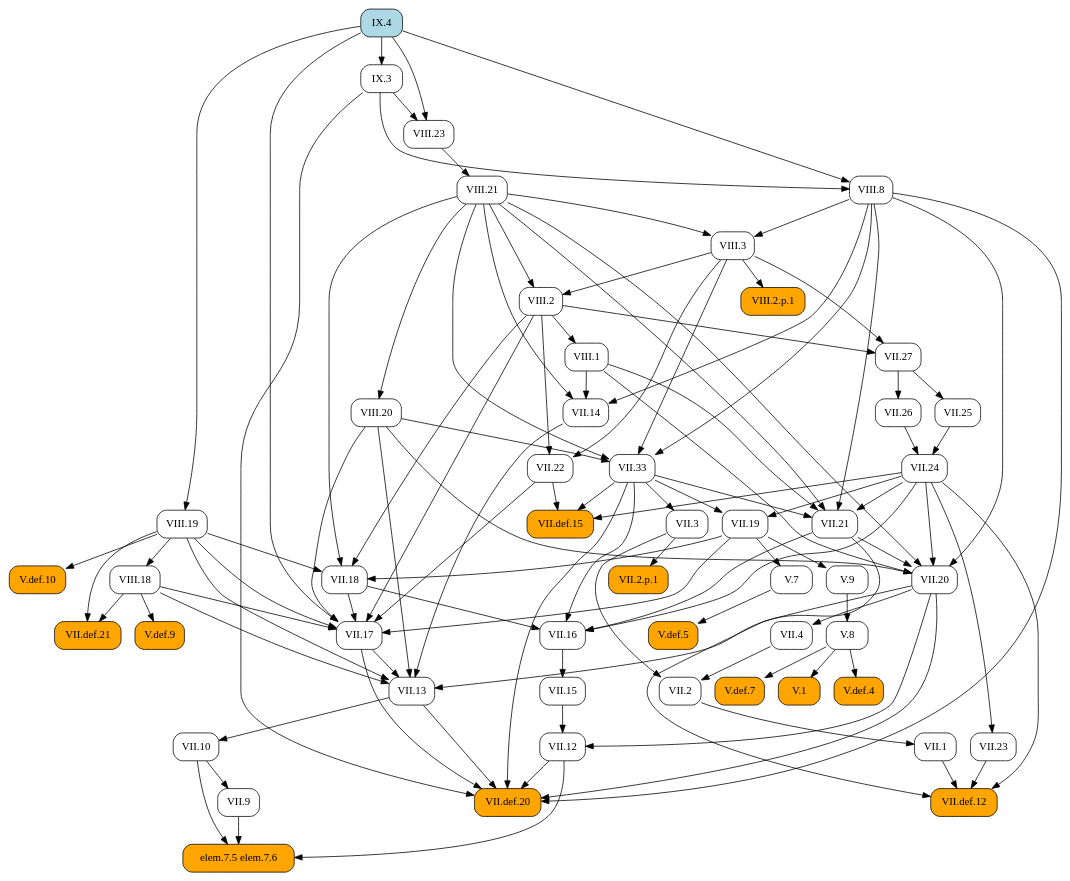
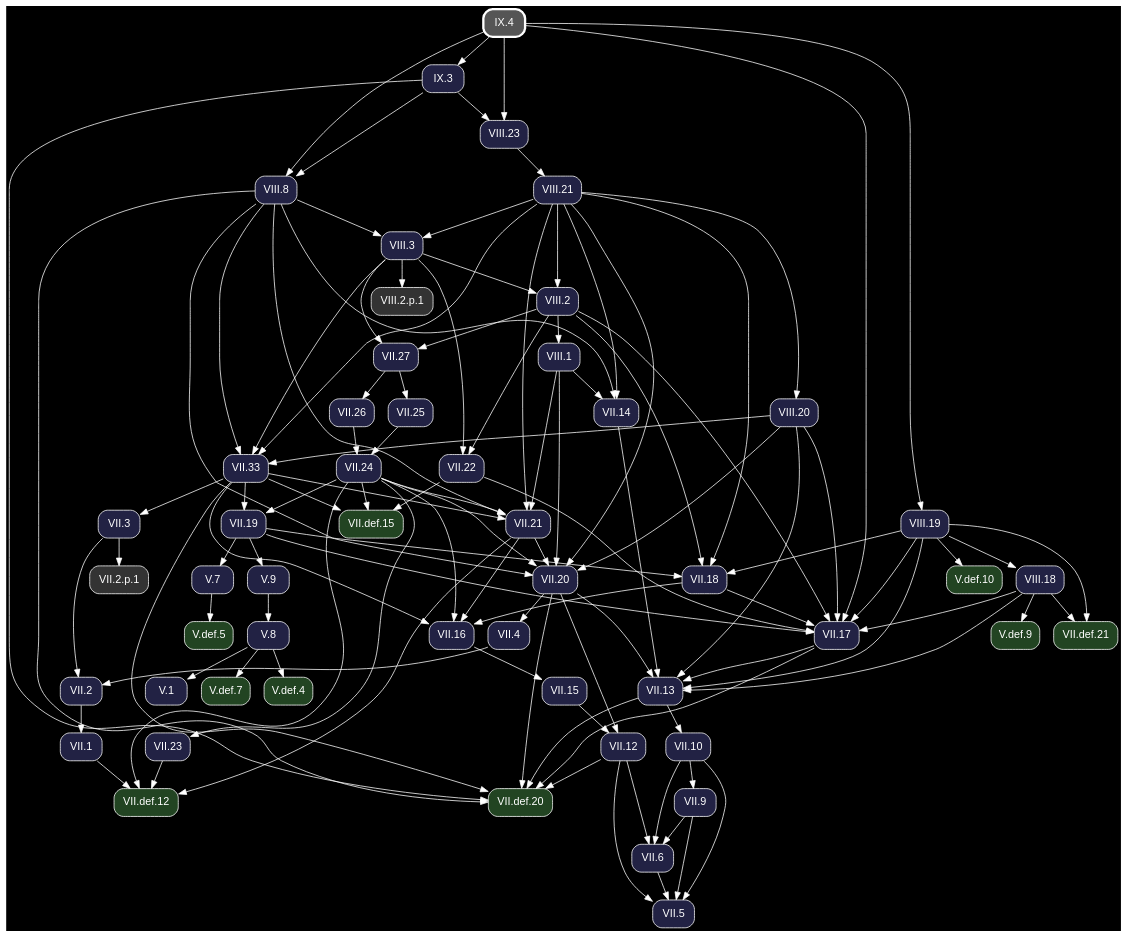
One commit to geometor/elements changed the diagram in docsrc/heath/IX/4/index.rst. Above: the diagram before and after it, drawn with Graphviz. The commit also changed other lines of this file and 1200 other files, not shown here.

Commit message:
update dependency graphs

```diff
--- a/docsrc/heath/IX/4/index.rst
+++ b/docsrc/heath/IX/4/index.rst
@@ -34,112 +34,71 @@
 .. graphviz::
 
    digraph {
+     bgcolor="black";
+     node [shape=box, style="rounded,filled", fontname="Helvetica", color="white", fontcolor="white"];
+     edge [color="white", fontcolor="white"];
      rankdir="TB";
-     node [shape=box, style=rounded];
-     "VII.33" [URL="/heath/VII/33/", target="_top"];
-     "VII.12" [URL="/heath/VII/12/", target="_top"];
-     "elem.7.5 elem.7.6" [style="rounded,filled", fillcolor=orange];
-     "VIII.20" [URL="/heath/VIII/20/", target="_top"];
-     "VII.9" [URL="/heath/VII/9/", target="_top"];
-     "VIII.2" [URL="/heath/VIII/2/", target="_top"];
-     "VII.18" [URL="/heath/VII/18/", target="_top"];
-     "VII.16" [URL="/heath/VII/16/", target="_top"];
-     "V.7" [URL="/heath/V/7/", target="_top"];
-     "VII.26" [URL="/heath/VII/26/", target="_top"];
-     "V.def.5" [style="rounded,filled", fillcolor=orange, URL="/heath/V/def.5/", target="_top"];
-     "V.9" [URL="/heath/V/9/", target="_top"];
-     "VIII.8" [URL="/heath/VIII/8/", target="_top"];
-     "IX.4" [style="rounded,filled", fillcolor=lightblue, URL="/heath/IX/4/", target="_top"];
-     "VII.10" [URL="/heath/VII/10/", target="_top"];
-     "VIII.3" [URL="/heath/VIII/3/", target="_top"];
-     "VII.13" [URL="/heath/VII/13/", target="_top"];
-     "VIII.18" [URL="/heath/VIII/18/", target="_top"];
-     "VIII.23" [URL="/heath/VIII/23/", target="_top"];
-     "VII.def.15" [style="rounded,filled", fillcolor=orange, URL="/heath/VII/def.15/", target="_top"];
-     "VIII.19" [URL="/heath/VIII/19/", target="_top"];
-     "VII.17" [URL="/heath/VII/17/", target="_top"];
-     "VII.19" [URL="/heath/VII/19/", target="_top"];
-     "VIII.2.p.1" [style="rounded,filled", fillcolor=orange];
-     "VII.2" [URL="/heath/VII/2/", target="_top"];
-     "VII.def.20" [style="rounded,filled", fillcolor=orange, URL="/heath/VII/def.20/", target="_top"];
-     "VII.2.p.1" [style="rounded,filled", fillcolor=orange];
-     "VII.15" [URL="/heath/VII/15/", target="_top"];
-     "V.def.4" [style="rounded,filled", fillcolor=orange, URL="/heath/V/def.4/", target="_top"];
-     "V.def.7" [style="rounded,filled", fillcolor=orange, URL="/heath/V/def.7/", target="_top"];
-     "VIII.21" [URL="/heath/VIII/21/", target="_top"];
-     "VII.14" [URL="/heath/VII/14/", target="_top"];
-     "VII.27" [URL="/heath/VII/27/", target="_top"];
-     "VII.21" [URL="/heath/VII/21/", target="_top"];
-     "V.def.10" [style="rounded,filled", fillcolor=orange, URL="/heath/V/def.10/", target="_top"];
-     "VII.22" [URL="/heath/VII/22/", target="_top"];
-     "VIII.1" [URL="/heath/VIII/1/", target="_top"];
-     "VII.25" [URL="/heath/VII/25/", target="_top"];
-     "VII.1" [URL="/heath/VII/1/", target="_top"];
-     "V.8" [URL="/heath/V/8/", target="_top"];
-     "VII.23" [URL="/heath/VII/23/", target="_top"];
-     "VII.4" [URL="/heath/VII/4/", target="_top"];
-     "VII.def.12" [style="rounded,filled", fillcolor=orange, URL="/heath/VII/def.12/", target="_top"];
-     "V.1" [style="rounded,filled", fillcolor=orange, URL="/heath/V/1/", target="_top"];
-     "V.def.9" [style="rounded,filled", fillcolor=orange, URL="/heath/V/def.9/", target="_top"];
-     "VII.3" [URL="/heath/VII/3/", target="_top"];
-     "VII.24" [URL="/heath/VII/24/", target="_top"];
-     "VII.20" [URL="/heath/VII/20/", target="_top"];
-     "IX.3" [URL="/heath/IX/3/", target="_top"];
-     "VII.def.21" [style="rounded,filled", fillcolor=orange, URL="/heath/VII/def.21/", target="_top"];
+     "VII.33" [fillcolor="#222244", URL="/heath/VII/33/", target="_top"];
+     "V.def.5" [fillcolor="#224422", URL="/heath/V/def.5/", target="_top"];
+     "V.def.9" [fillcolor="#224422", URL="/heath/V/def.9/", target="_top"];
+     "VII.18" [fillcolor="#222244", URL="/heath/VII/18/", target="_top"];
+     "VII.2" [fillcolor="#222244", URL="/heath/VII/2/", target="_top"];
+     "VII.def.20" [fillcolor="#224422", URL="/heath/VII/def.20/", target="_top"];
+     "VIII.8" [fillcolor="#222244", URL="/heath/VIII/8/", target="_top"];
+     "VIII.21" [fillcolor="#222244", URL="/heath/VIII/21/", target="_top"];
+     "VII.26" [fillcolor="#222244", URL="/heath/VII/26/", target="_top"];
+     "VII.1" [fillcolor="#222244", URL="/heath/VII/1/", target="_top"];
+     "VII.13" [fillcolor="#222244", URL="/heath/VII/13/", target="_top"];
+     "VIII.2.p.1" [fillcolor="#333333"];
+     "VII.27" [fillcolor="#222244", URL="/heath/VII/27/", target="_top"];
+     "VII.4" [fillcolor="#222244", URL="/heath/VII/4/", target="_top"];
+     "IX.3" [fillcolor="#222244", URL="/heath/IX/3/", target="_top"];
+     "VII.25" [fillcolor="#222244", URL="/heath/VII/25/", target="_top"];
+     "V.def.10" [fillcolor="#224422", URL="/heath/V/def.10/", target="_top"];
+     "VIII.20" [fillcolor="#222244", URL="/heath/VIII/20/", target="_top"];
+     "VII.21" [fillcolor="#222244", URL="/heath/VII/21/", target="_top"];
+     "VII.9" [fillcolor="#222244", URL="/heath/VII/9/", target="_top"];
+     "V.7" [fillcolor="#222244", URL="/heath/V/7/", target="_top"];
+     "VII.12" [fillcolor="#222244", URL="/heath/VII/12/", target="_top"];
+     "V.9" [fillcolor="#222244", URL="/heath/V/9/", target="_top"];
+     "VII.17" [fillcolor="#222244", URL="/heath/VII/17/", target="_top"];
+     "VII.24" [fillcolor="#222244", URL="/heath/VII/24/", target="_top"];
+     "VII.22" [fillcolor="#222244", URL="/heath/VII/22/", target="_top"];
+     "VIII.2" [fillcolor="#222244", URL="/heath/VIII/2/", target="_top"];
+     "V.def.7" [fillcolor="#224422", URL="/heath/V/def.7/", target="_top"];
+     "VII.20" [fillcolor="#222244", URL="/heath/VII/20/", target="_top"];
+     "V.def.4" [fillcolor="#224422", URL="/heath/V/def.4/", target="_top"];
+     "VIII.18" [fillcolor="#222244", URL="/heath/VIII/18/", target="_top"];
+     "VII.5" [fillcolor="#222244", URL="/heath/VII/5/", target="_top"];
+     "VIII.23" [fillcolor="#222244", URL="/heath/VIII/23/", target="_top"];
+     "VII.def.15" [fillcolor="#224422", URL="/heath/VII/def.15/", target="_top"];
+     "VIII.3" [fillcolor="#222244", URL="/heath/VIII/3/", target="_top"];
+     "VII.2.p.1" [fillcolor="#333333"];
+     "VII.6" [fillcolor="#222244", URL="/heath/VII/6/", target="_top"];
+     "VII.16" [fillcolor="#222244", URL="/heath/VII/16/", target="_top"];
+     "VII.15" [fillcolor="#222244", URL="/heath/VII/15/", target="_top"];
+     "IX.4" [penwidth=3, color="white", fillcolor="#555555", URL="/heath/IX/4/", target="_top"];
+     "V.1" [fillcolor="#222244", URL="/heath/V/1/", target="_top"];
+     "VII.10" [fillcolor="#222244", URL="/heath/VII/10/", target="_top"];
+     "VIII.19" [fillcolor="#222244", URL="/heath/VIII/19/", target="_top"];
+     "VII.23" [fillcolor="#222244", URL="/heath/VII/23/", target="_top"];
+     "VII.def.12" [fillcolor="#224422", URL="/heath/VII/def.12/", target="_top"];
+     "VII.def.21" [fillcolor="#224422", URL="/heath/VII/def.21/", target="_top"];
+     "VII.19" [fillcolor="#222244", URL="/heath/VII/19/", target="_top"];
+     "VIII.1" [fillcolor="#222244", URL="/heath/VIII/1/", target="_top"];
+     "V.8" [fillcolor="#222244", URL="/heath/V/8/", target="_top"];
+     "VII.3" [fillcolor="#222244", URL="/heath/VII/3/", target="_top"];
+     "VII.14" [fillcolor="#222244", URL="/heath/VII/14/", target="_top"];
      "VIII.3" -> "VII.33";
      "VIII.8" -> "VII.33";
      "VIII.20" -> "VII.33";
      "VIII.21" -> "VII.33";
-     "VII.15" -> "VII.12";
-     "VII.20" -> "VII.12";
-     "VII.9" -> "elem.7.5 elem.7.6";
-     "VII.10" -> "elem.7.5 elem.7.6";
-     "VII.12" -> "elem.7.5 elem.7.6";
-     "VIII.21" -> "VIII.20";
-     "VII.10" -> "VII.9";
-     "VIII.3" -> "VIII.2";
-     "VIII.21" -> "VIII.2";
+     "V.7" -> "V.def.5";
+     "VIII.18" -> "V.def.9";
      "VII.19" -> "VII.18";
      "VIII.2" -> "VII.18";
      "VIII.19" -> "VII.18";
      "VIII.21" -> "VII.18";
-     "VII.18" -> "VII.16";
-     "VII.21" -> "VII.16";
-     "VII.24" -> "VII.16";
-     "VII.33" -> "VII.16";
-     "VII.19" -> "V.7";
-     "VII.27" -> "VII.26";
-     "V.7" -> "V.def.5";
-     "VII.19" -> "V.9";
-     "IX.3" -> "VIII.8";
-     "IX.4" -> "VIII.8";
-     "VII.13" -> "VII.10";
-     "VIII.8" -> "VIII.3";
-     "VIII.21" -> "VIII.3";
-     "VII.14" -> "VII.13";
-     "VII.17" -> "VII.13";
-     "VII.20" -> "VII.13";
-     "VIII.18" -> "VII.13";
-     "VIII.19" -> "VII.13";
-     "VIII.20" -> "VII.13";
-     "VIII.19" -> "VIII.18";
-     "IX.3" -> "VIII.23";
-     "IX.4" -> "VIII.23";
-     "VII.22" -> "VII.def.15";
-     "VII.24" -> "VII.def.15";
-     "VII.33" -> "VII.def.15";
-     "IX.4" -> "VIII.19";
-     "VII.18" -> "VII.17";
-     "VII.19" -> "VII.17";
-     "VII.22" -> "VII.17";
-     "VIII.2" -> "VII.17";
-     "VIII.18" -> "VII.17";
-     "VIII.19" -> "VII.17";
-     "VIII.20" -> "VII.17";
-     "IX.4" -> "VII.17";
-     "VII.24" -> "VII.19";
-     "VII.33" -> "VII.19";
-     "VIII.3" -> "VIII.2.p.1";
      "VII.3" -> "VII.2";
      "VII.4" -> "VII.2";
      "VII.12" -> "VII.def.20";
@@ -149,46 +108,94 @@
      "VII.33" -> "VII.def.20";
      "VIII.8" -> "VII.def.20";
      "IX.3" -> "VII.def.20";
-     "VII.3" -> "VII.2.p.1";
-     "VII.16" -> "VII.15";
-     "V.8" -> "V.def.4";
-     "V.8" -> "V.def.7";
+     "IX.3" -> "VIII.8";
+     "IX.4" -> "VIII.8";
      "VIII.23" -> "VIII.21";
-     "VIII.1" -> "VII.14";
-     "VIII.8" -> "VII.14";
-     "VIII.21" -> "VII.14";
+     "VII.27" -> "VII.26";
+     "VII.2" -> "VII.1";
+     "VII.14" -> "VII.13";
+     "VII.17" -> "VII.13";
+     "VII.20" -> "VII.13";
+     "VIII.18" -> "VII.13";
+     "VIII.19" -> "VII.13";
+     "VIII.20" -> "VII.13";
+     "VIII.3" -> "VIII.2.p.1";
      "VIII.2" -> "VII.27";
      "VIII.3" -> "VII.27";
+     "VII.20" -> "VII.4";
+     "IX.4" -> "IX.3";
+     "VII.27" -> "VII.25";
+     "VIII.19" -> "V.def.10";
+     "VIII.21" -> "VIII.20";
      "VII.24" -> "VII.21";
      "VII.33" -> "VII.21";
      "VIII.1" -> "VII.21";
      "VIII.8" -> "VII.21";
      "VIII.21" -> "VII.21";
-     "VIII.19" -> "V.def.10";
+     "VII.10" -> "VII.9";
+     "VII.19" -> "V.7";
+     "VII.15" -> "VII.12";
+     "VII.20" -> "VII.12";
+     "VII.19" -> "V.9";
+     "VII.18" -> "VII.17";
+     "VII.19" -> "VII.17";
+     "VII.22" -> "VII.17";
+     "VIII.2" -> "VII.17";
+     "VIII.18" -> "VII.17";
+     "VIII.19" -> "VII.17";
+     "VIII.20" -> "VII.17";
+     "IX.4" -> "VII.17";
+     "VII.25" -> "VII.24";
+     "VII.26" -> "VII.24";
      "VIII.2" -> "VII.22";
      "VIII.3" -> "VII.22";
-     "VIII.2" -> "VIII.1";
-     "VII.27" -> "VII.25";
-     "VII.2" -> "VII.1";
-     "V.9" -> "V.8";
-     "VII.24" -> "VII.23";
-     "VII.20" -> "VII.4";
-     "VII.1" -> "VII.def.12";
-     "VII.21" -> "VII.def.12";
-     "VII.23" -> "VII.def.12";
-     "VII.24" -> "VII.def.12";
-     "V.8" -> "V.1";
-     "VIII.18" -> "V.def.9";
-     "VII.33" -> "VII.3";
-     "VII.25" -> "VII.24";
-     "VII.26" -> "VII.24";
+     "VIII.3" -> "VIII.2";
+     "VIII.21" -> "VIII.2";
+     "V.8" -> "V.def.7";
      "VII.21" -> "VII.20";
      "VII.24" -> "VII.20";
      "VIII.1" -> "VII.20";
      "VIII.8" -> "VII.20";
      "VIII.20" -> "VII.20";
      "VIII.21" -> "VII.20";
-     "IX.4" -> "IX.3";
+     "V.8" -> "V.def.4";
+     "VIII.19" -> "VIII.18";
+     "VII.6" -> "VII.5";
+     "VII.9" -> "VII.5";
+     "VII.10" -> "VII.5";
+     "VII.12" -> "VII.5";
+     "IX.3" -> "VIII.23";
+     "IX.4" -> "VIII.23";
+     "VII.22" -> "VII.def.15";
+     "VII.24" -> "VII.def.15";
+     "VII.33" -> "VII.def.15";
+     "VIII.8" -> "VIII.3";
+     "VIII.21" -> "VIII.3";
+     "VII.3" -> "VII.2.p.1";
+     "VII.9" -> "VII.6";
+     "VII.10" -> "VII.6";
+     "VII.12" -> "VII.6";
+     "VII.18" -> "VII.16";
+     "VII.21" -> "VII.16";
+     "VII.24" -> "VII.16";
+     "VII.33" -> "VII.16";
+     "VII.16" -> "VII.15";
+     "V.8" -> "V.1";
+     "VII.13" -> "VII.10";
+     "IX.4" -> "VIII.19";
+     "VII.24" -> "VII.23";
+     "VII.1" -> "VII.def.12";
+     "VII.21" -> "VII.def.12";
+     "VII.23" -> "VII.def.12";
+     "VII.24" -> "VII.def.12";
      "VIII.18" -> "VII.def.21";
      "VIII.19" -> "VII.def.21";
+     "VII.24" -> "VII.19";
+     "VII.33" -> "VII.19";
+     "VIII.2" -> "VIII.1";
+     "V.9" -> "V.8";
+     "VII.33" -> "VII.3";
+     "VIII.1" -> "VII.14";
+     "VIII.8" -> "VII.14";
+     "VIII.21" -> "VII.14";
    }
```
